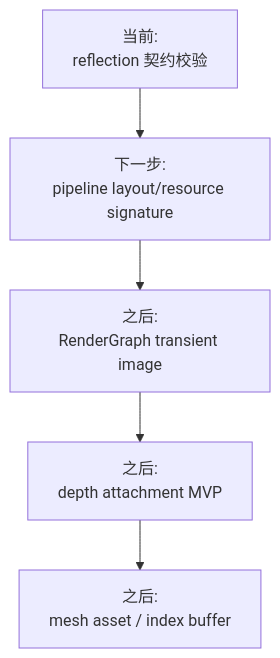
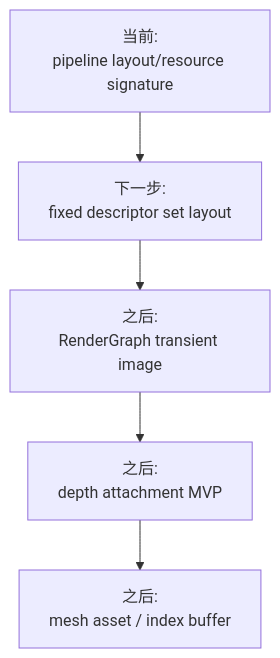
Before and after one commit to 66six11/Engine: the ninth of 9 diagrams in docs/flow-architecture.md, drawn with Mermaid. The commit also changed other lines of this file and 7 other files, not shown here.

Commit message:
feat: add pipeline layout resource signature

````diff
--- a/docs/flow-architecture.md
+++ b/docs/flow-architecture.md
@@ -266,10 +266,10 @@
 ```mermaid
 flowchart TD
-    Now["当前:<br/>reflection 契约校验"]
-    Step1["下一步:<br/>pipeline layout/resource signature"]
+    Now["当前:<br/>pipeline layout/resource signature"]
+    Step1["下一步:<br/>fixed descriptor set layout"]
     Step2["之后:<br/>RenderGraph transient image"]
     Step3["之后:<br/>depth attachment MVP"]
     Step4["之后:<br/>mesh asset / index buffer"]
 
     Now --> Step1 --> Step2 --> Step3 --> Step4
 ```
````
